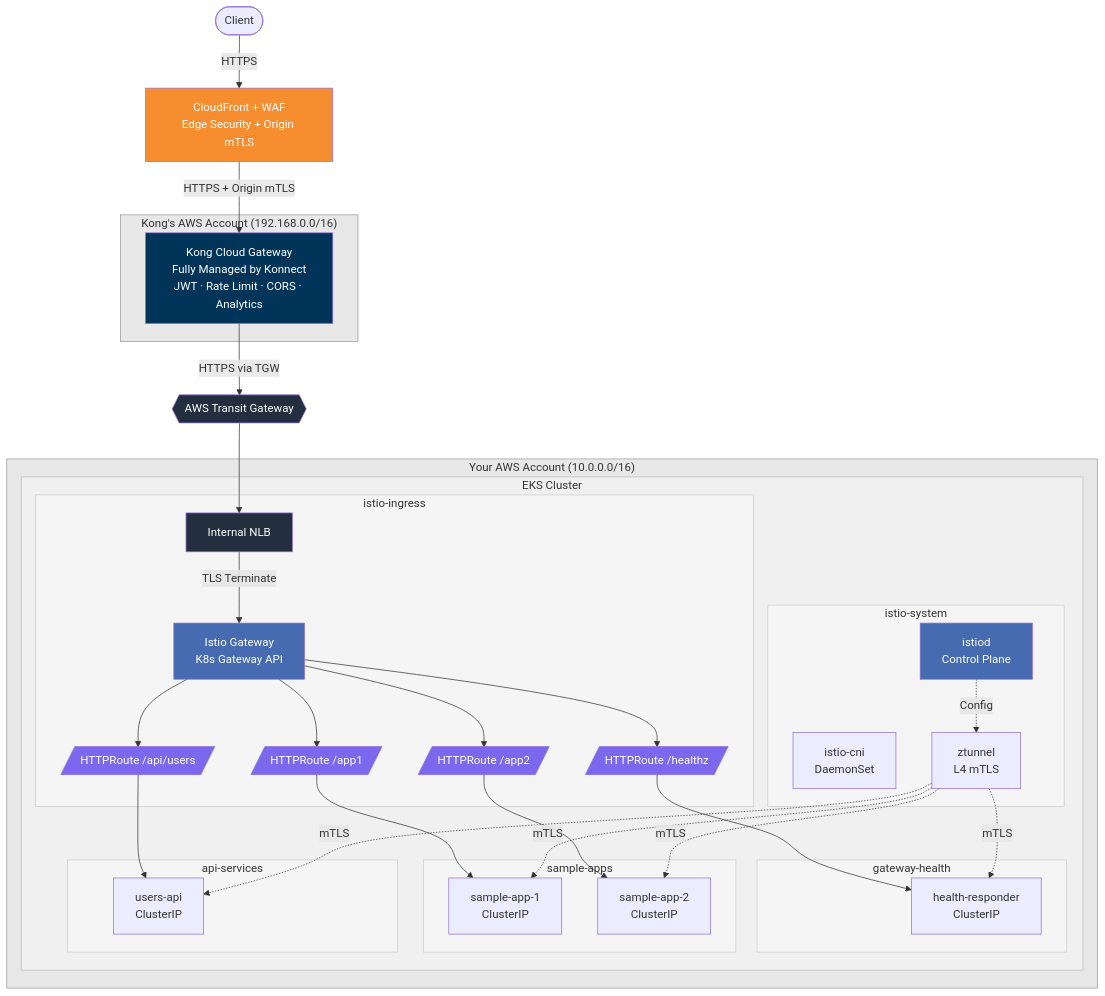
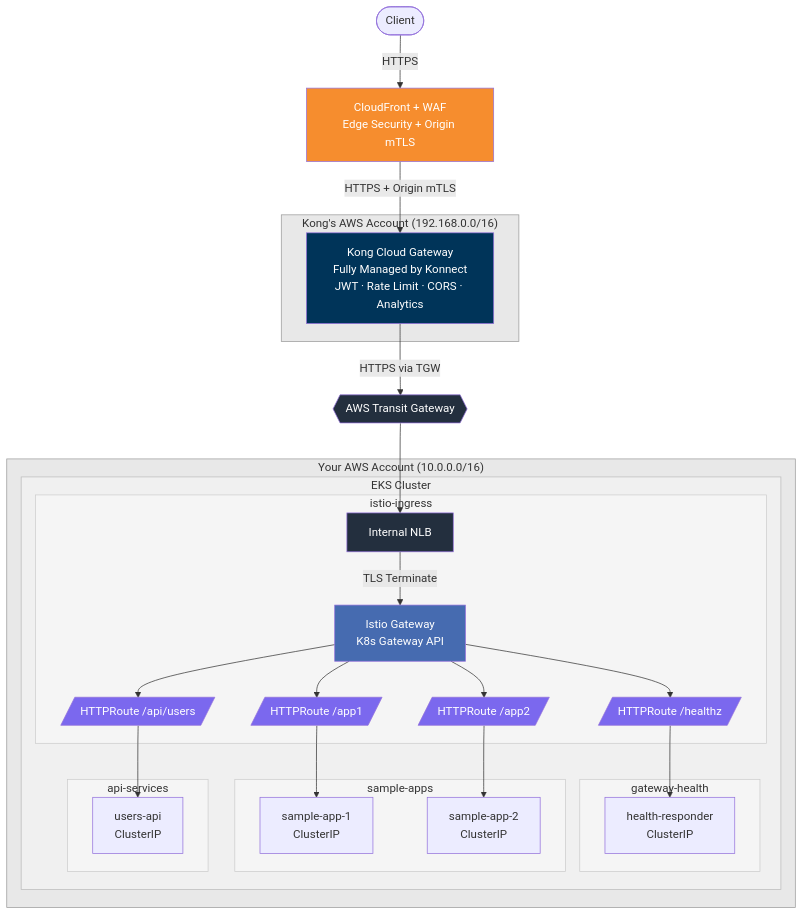
One commit to shanaka-versent/Kong-Konnect-Cloud-Gateway-on-EKS changed the first of 6 diagrams in README.md. Above: the diagram before and after it, drawn with Mermaid.

Commit message:
Simplify main architecture diagram by removing istio-system details

````diff
--- a/README.md
+++ b/README.md
@@ -11,77 +11,65 @@
 ```mermaid
 graph TB
     Client([Client])
     CF[CloudFront + WAF<br/>Edge Security + Origin mTLS]
 
     subgraph kong_acct ["Kong's AWS Account (192.168.0.0/16)"]
         Kong[Kong Cloud Gateway<br/>Fully Managed by Konnect<br/>JWT · Rate Limit · CORS · Analytics]
     end
 
     TGW{{AWS Transit Gateway}}
 
     subgraph your_acct ["Your AWS Account (10.0.0.0/16)"]
         subgraph eks_cluster [EKS Cluster]
-            subgraph ns_istio_sys [istio-system]
-                Istiod[istiod<br/>Control Plane]
-                CNI[istio-cni<br/>DaemonSet]
-                ZT[ztunnel<br/>L4 mTLS]
-            end
             subgraph ns_istio_ing [istio-ingress]
                 NLB[Internal NLB]
                 IGW[Istio Gateway<br/>K8s Gateway API]
                 HR1[/HTTPRoute /healthz/]
                 HR2[/HTTPRoute /app1/]
                 HR3[/HTTPRoute /app2/]
                 HR4[/HTTPRoute /api/users/]
             end
             subgraph ns_gw_health [gateway-health]
                 Health[health-responder<br/>ClusterIP]
             end
             subgraph ns_sample [sample-apps]
                 App1[sample-app-1<br/>ClusterIP]
                 App2[sample-app-2<br/>ClusterIP]
             end
             subgraph ns_api [api-services]
                 API[users-api<br/>ClusterIP]
             end
         end
     end
 
     Client -->|HTTPS| CF
     CF -->|HTTPS + Origin mTLS| Kong
     Kong -->|HTTPS via TGW| TGW
     TGW --> NLB
     NLB -->|TLS Terminate| IGW
     IGW --> HR1
     IGW --> HR2
     IGW --> HR3
     IGW --> HR4
     HR1 --> Health
     HR2 --> App1
     HR3 --> App2
     HR4 --> API
-    Istiod -.->|Config| ZT
-    ZT -.->|mTLS| App1
-    ZT -.->|mTLS| App2
-    ZT -.->|mTLS| API
-    ZT -.->|mTLS| Health
 
     style Kong fill:#003459,color:#fff
     style IGW fill:#466BB0,color:#fff
-    style Istiod fill:#466BB0,color:#fff
     style CF fill:#F68D2E,color:#fff
     style TGW fill:#232F3E,color:#fff
     style NLB fill:#232F3E,color:#fff
     style HR1 fill:#7B68EE,color:#fff
     style HR2 fill:#7B68EE,color:#fff
     style HR3 fill:#7B68EE,color:#fff
     style HR4 fill:#7B68EE,color:#fff
     style kong_acct fill:#E8E8E8,stroke:#999,color:#333
     style your_acct fill:#E8E8E8,stroke:#999,color:#333
     style eks_cluster fill:#F0F0F0,stroke:#BBB,color:#333
-    style ns_istio_sys fill:#F5F5F5,stroke:#CCC,color:#333
     style ns_istio_ing fill:#F5F5F5,stroke:#CCC,color:#333
     style ns_gw_health fill:#F5F5F5,stroke:#CCC,color:#333
     style ns_sample fill:#F5F5F5,stroke:#CCC,color:#333
     style ns_api fill:#F5F5F5,stroke:#CCC,color:#333
 ```
````
